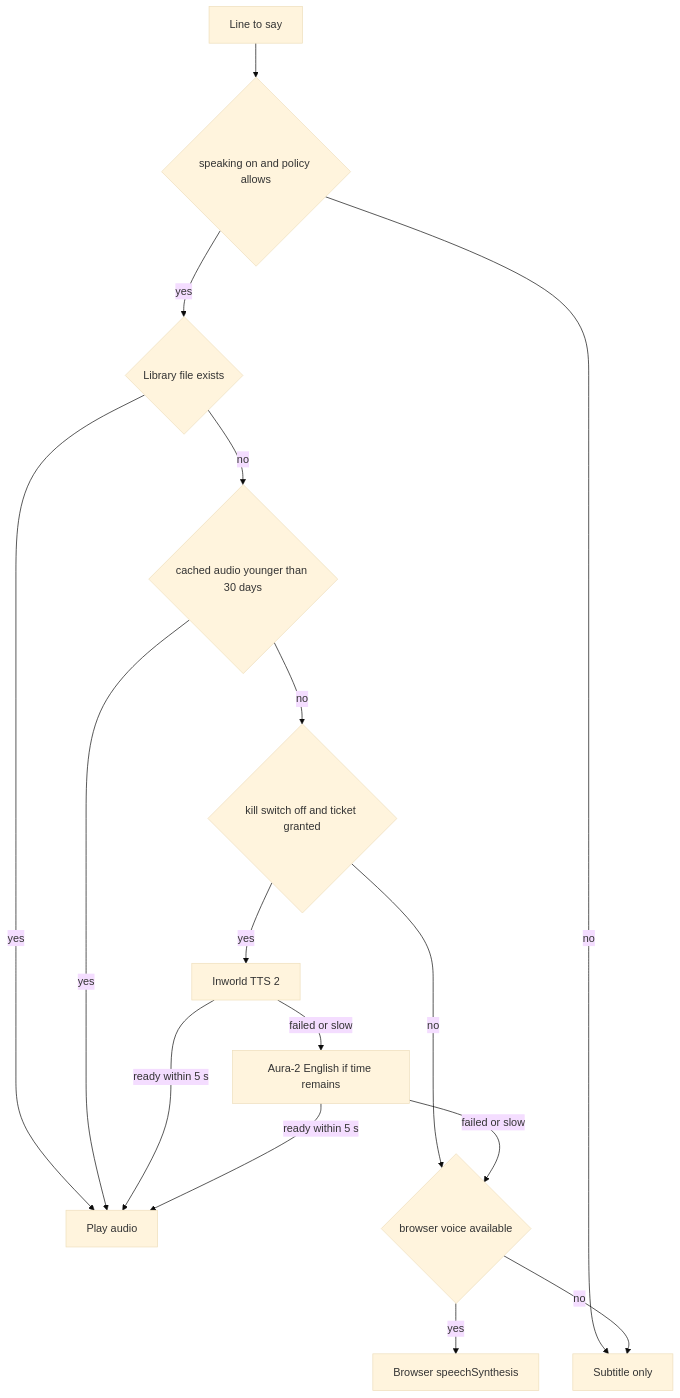
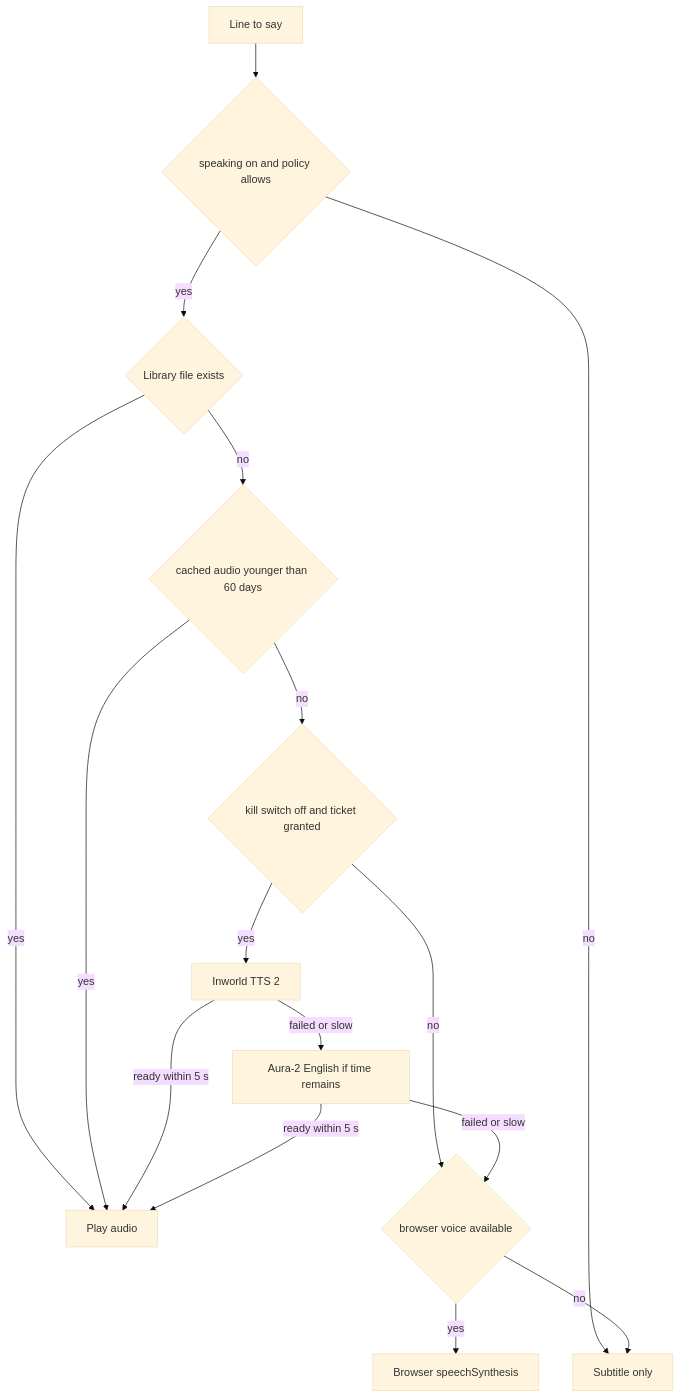
The second of 4 diagrams in .kiro/specs/ghost-voice/design.md (diydan/hauntology), drawn with Mermaid (base theme) before and after one commit. The commit also changed other lines of this file and 9 other files, not shown here.

````diff
--- a/.kiro/specs/ghost-voice/design.md
+++ b/.kiro/specs/ghost-voice/design.md
@@ -52,18 +52,18 @@
 ```mermaid
 flowchart TD
   L[Line to say] --> P{speaking on and policy allows}
   P -- no --> S[Subtitle only]
   P -- yes --> K{Library file exists}
   K -- yes --> A[Play audio]
-  K -- no --> C{cached audio younger than 30 days}
+  K -- no --> C{cached audio younger than 60 days}
   C -- yes --> A
   C -- no --> T{kill switch off and ticket granted}
   T -- no --> B
   T -- yes --> U[Inworld TTS 2]
   U -- ready within 5 s --> A
   U -- failed or slow --> M[Aura-2 English if time remains]
   M -- ready within 5 s --> A
   M -- failed or slow --> B{browser voice available}
   B -- yes --> W[Browser speechSynthesis]
   B -- no --> S
 ```
````
